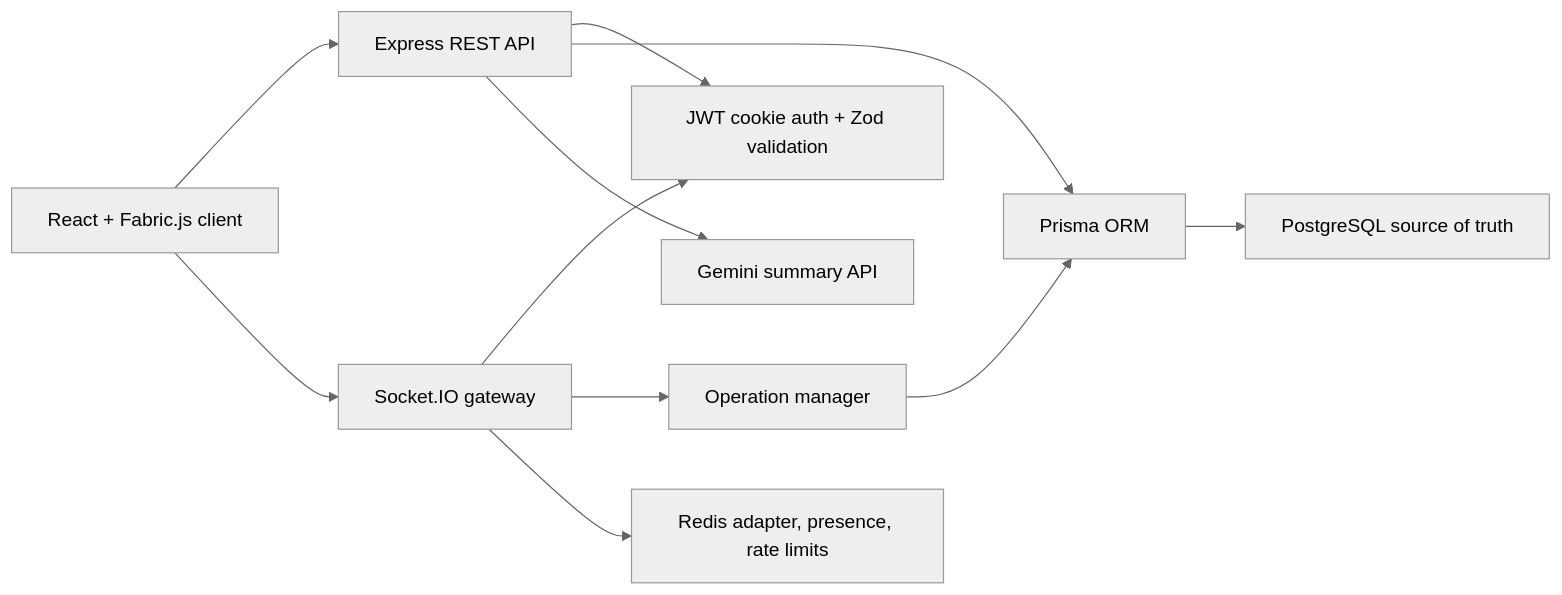
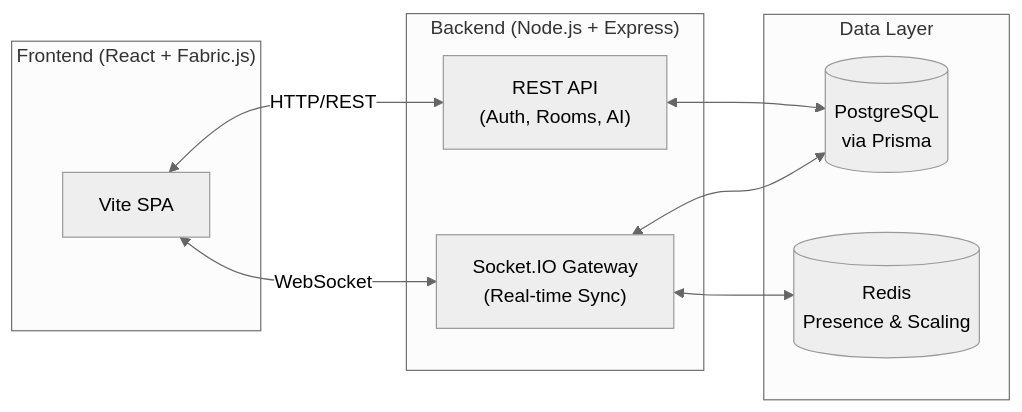
The diagram in README.md (vamshichethan/collabCanvas), drawn with Mermaid (neutral theme) before and after one commit. The commit also changed other lines of this file, not shown here.

````diff
--- a/README.md
+++ b/README.md
@@ -7,13 +22,20 @@
 ```mermaid
 flowchart LR
-  Browser["React + Fabric.js client"] --> REST["Express REST API"]
-  Browser --> Socket["Socket.IO gateway"]
-  REST --> Auth["JWT cookie auth + Zod validation"]
-  Socket --> Auth
-  REST --> Prisma["Prisma ORM"]
-  Socket --> Operations["Operation manager"]
-  Operations --> Prisma
-  Prisma --> Postgres["PostgreSQL source of truth"]
-  Socket --> Redis["Redis adapter, presence, rate limits"]
-  REST --> Gemini["Gemini summary API"]
+  subgraph Frontend ["Frontend (React + Fabric.js)"]
+    Client["Vite SPA"]
+  end
+  subgraph Backend ["Backend (Node.js + Express)"]
+    REST["REST API\n(Auth, Rooms, AI)"]
+    Socket["Socket.IO Gateway\n(Real-time Sync)"]
+  end
+  subgraph Data ["Data Layer"]
+    DB[(PostgreSQL\nvia Prisma)]
+    Cache[(Redis\nPresence & Scaling)]
+  end
+  
+  Client <-->|HTTP/REST| REST
+  Client <-->|WebSocket| Socket
+  REST <--> DB
+  Socket <--> DB
+  Socket <--> Cache
 ```
````
